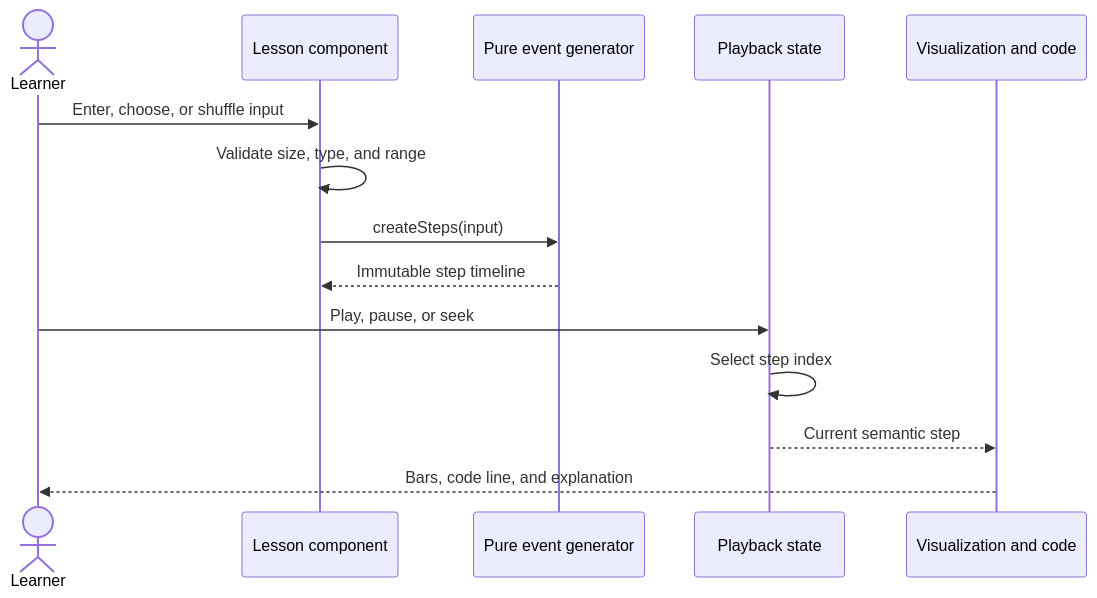
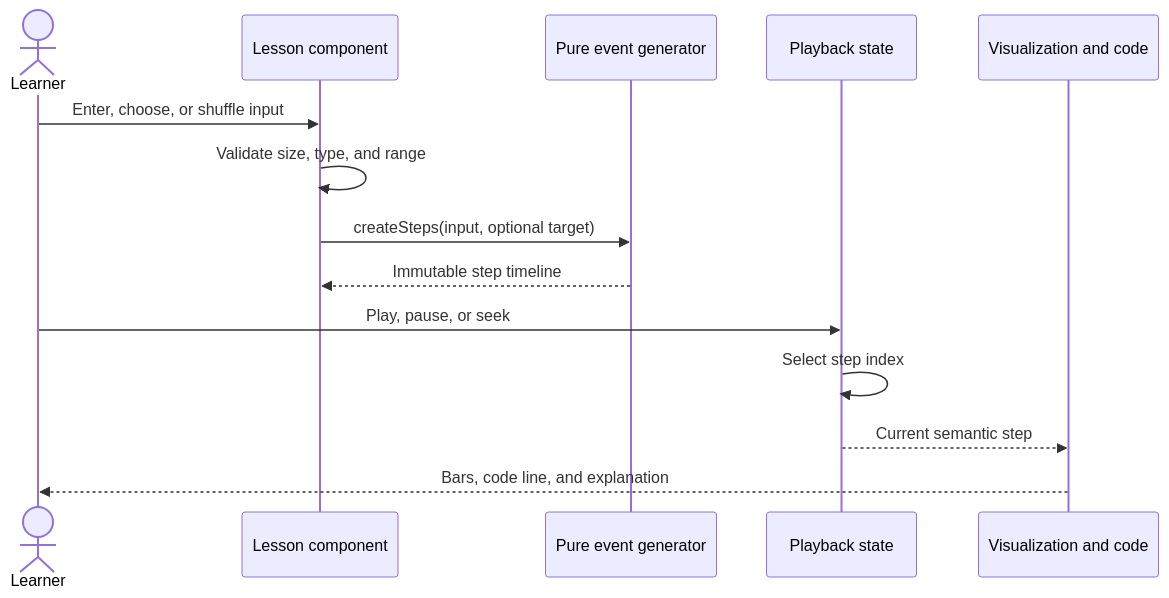
One commit to moslemajra85/cartesian-interactive-algorithms changed the first of 2 diagrams in docs/ARCHITECTURE.md. Above: the diagram before and after it, drawn with Mermaid. The commit also changed other lines of this file and 21 other files, not shown here.

````diff
--- a/docs/ARCHITECTURE.md
+++ b/docs/ARCHITECTURE.md
@@ -17,17 +17,17 @@
 ```mermaid
 sequenceDiagram
     actor Learner
     participant Lesson as Lesson component
     participant Algorithm as Pure event generator
     participant Player as Playback state
     participant View as Visualization and code
 
     Learner->>Lesson: Enter, choose, or shuffle input
     Lesson->>Lesson: Validate size, type, and range
-    Lesson->>Algorithm: createSteps(input)
+    Lesson->>Algorithm: createSteps(input, optional target)
     Algorithm-->>Lesson: Immutable step timeline
     Learner->>Player: Play, pause, or seek
     Player->>Player: Select step index
     Player-->>View: Current semantic step
     View-->>Learner: Bars, code line, and explanation
 ```
````
